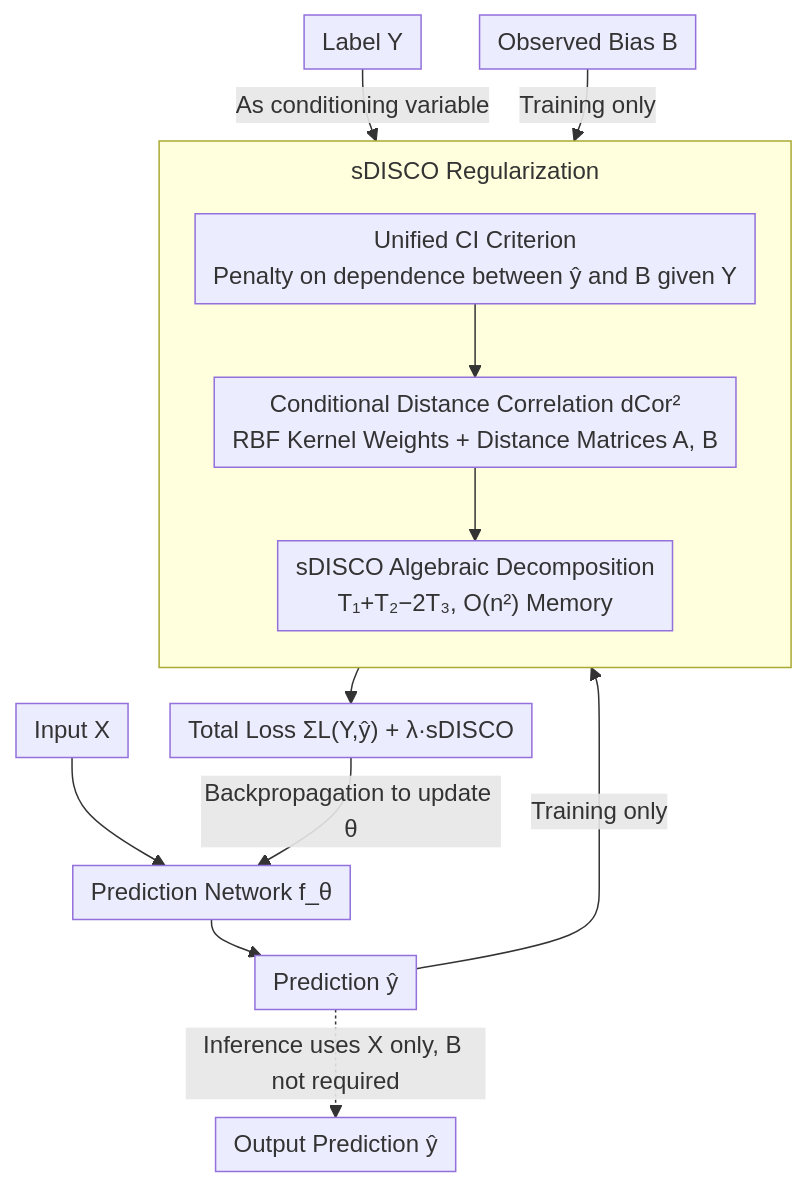
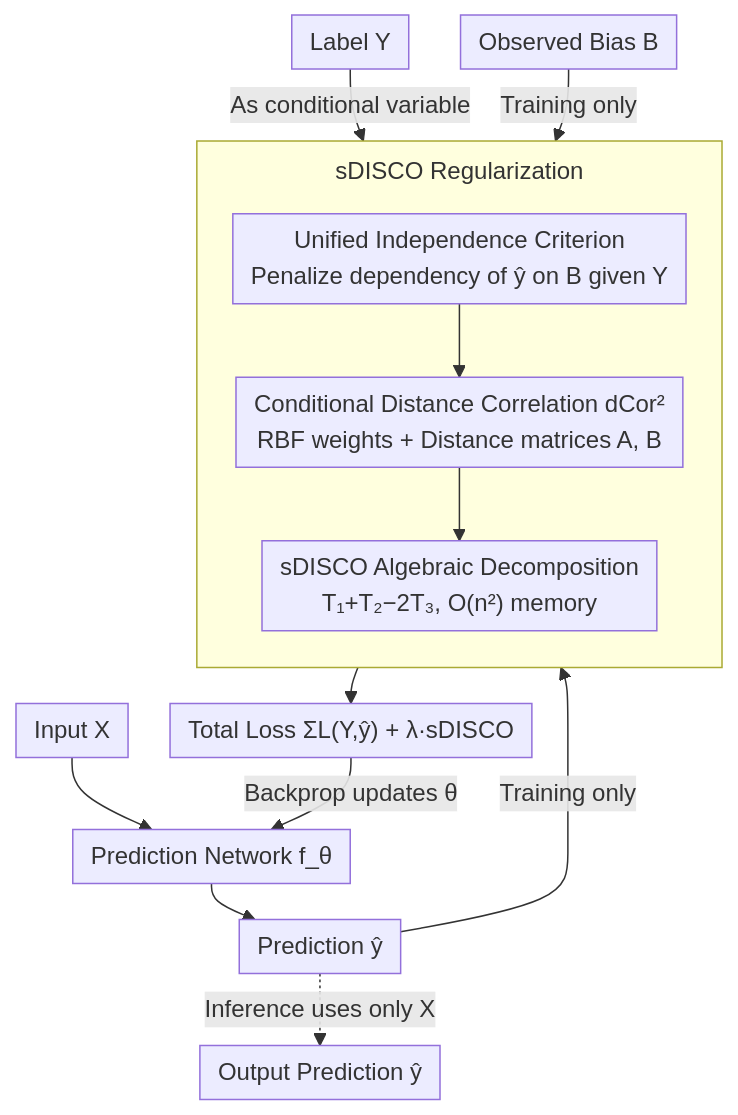
Before and after one commit to zhaoyang97/Paper-Notes-en: the diagram in docs/ICML2026/others/disco_mitigating_bias_in_deep_learning_with_conditional_distance_correlation.md, drawn with Mermaid. The commit also changed other lines of this file and 5084 other files, not shown here.

````diff
--- a/docs/ICML2026/others/disco_mitigating_bias_in_deep_learning_with_conditional_distance_correlation.md
+++ b/docs/ICML2026/others/disco_mitigating_bias_in_deep_learning_with_conditional_distance_correlation.md
@@ -43,17 +43,17 @@
 ```mermaid
 %%{init: {'flowchart': {'rankSpacing': 24, 'nodeSpacing': 28, 'padding': 6, 'wrappingWidth': 400, 'subGraphTitleMargin': {'top': 8, 'bottom': 16}}}}%%
 flowchart TD
     X["Input X"] --> F["Prediction Network f_θ"]
     F --> YH["Prediction ŷ"]
-    Y["Label Y"] -->|As conditioning variable| REG
+    Y["Label Y"] -->|As conditional variable| REG
     B["Observed Bias B"] -->|Training only| REG
     YH -->|Training only| REG
     subgraph REG["sDISCO Regularization"]
         direction TB
-        W["Unified CI Criterion<br/>Penalty on dependence between ŷ and B given Y"] --> M["Conditional Distance Correlation dCor²<br/>RBF Kernel Weights + Distance Matrices A, B"]
-        M --> S["sDISCO Algebraic Decomposition<br/>T₁+T₂−2T₃, O(n²) Memory"]
+        W["Unified Independence Criterion<br/>Penalize dependency of ŷ on B given Y"] --> M["Conditional Distance Correlation dCor²<br/>RBF weights + Distance matrices A, B"]
+        M --> S["sDISCO Algebraic Decomposition<br/>T₁+T₂−2T₃, O(n²) memory"]
     end
     REG --> LOSS["Total Loss ΣL(Y,ŷ) + λ·sDISCO"]
-    LOSS -->|Backpropagation to update θ| F
-    YH -.->|Inference uses X only, B not required| OUT["Output Prediction ŷ"]
+    LOSS -->|Backprop updates θ| F
+    YH -.->|Inference uses only X| OUT["Output Prediction ŷ"]
 ```
````
